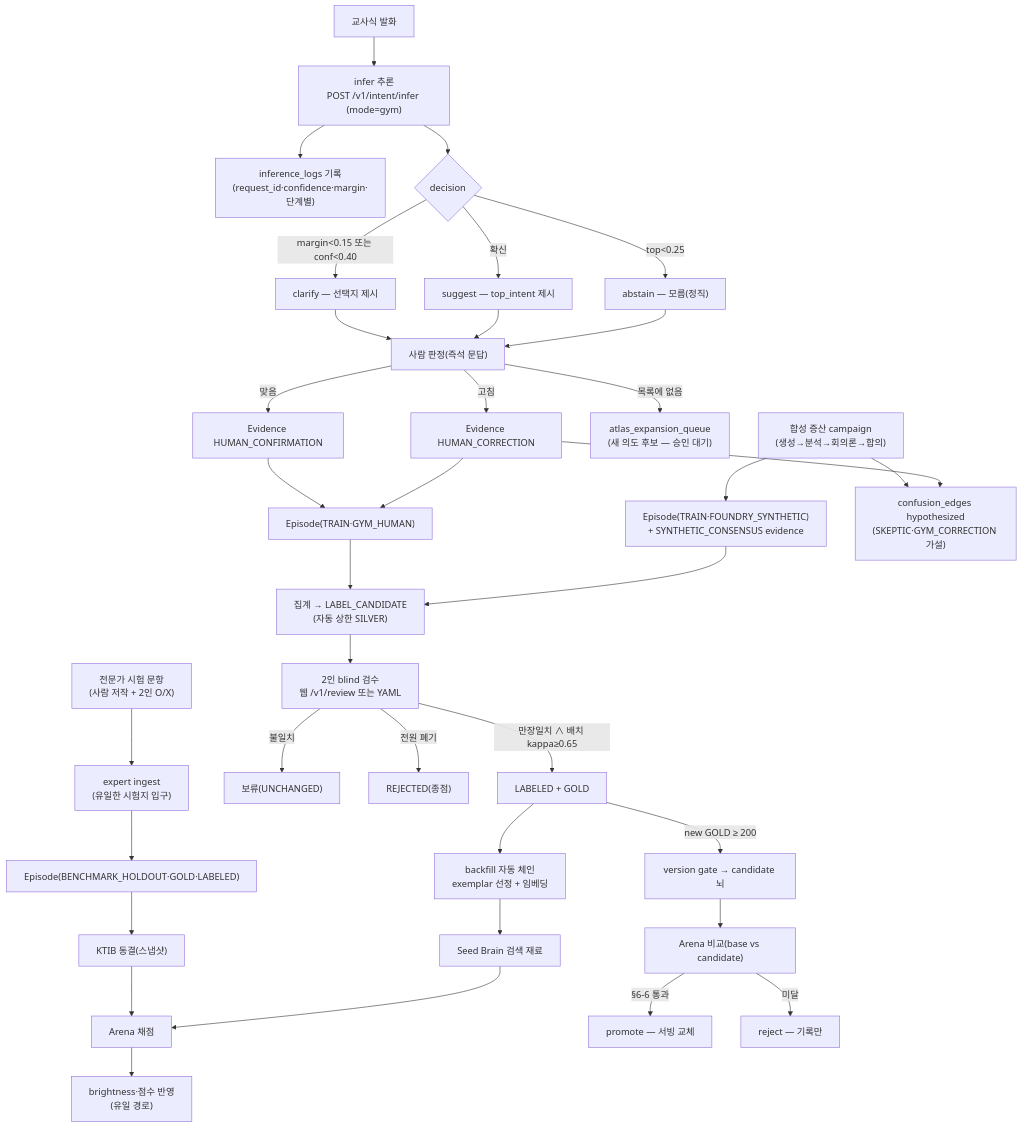
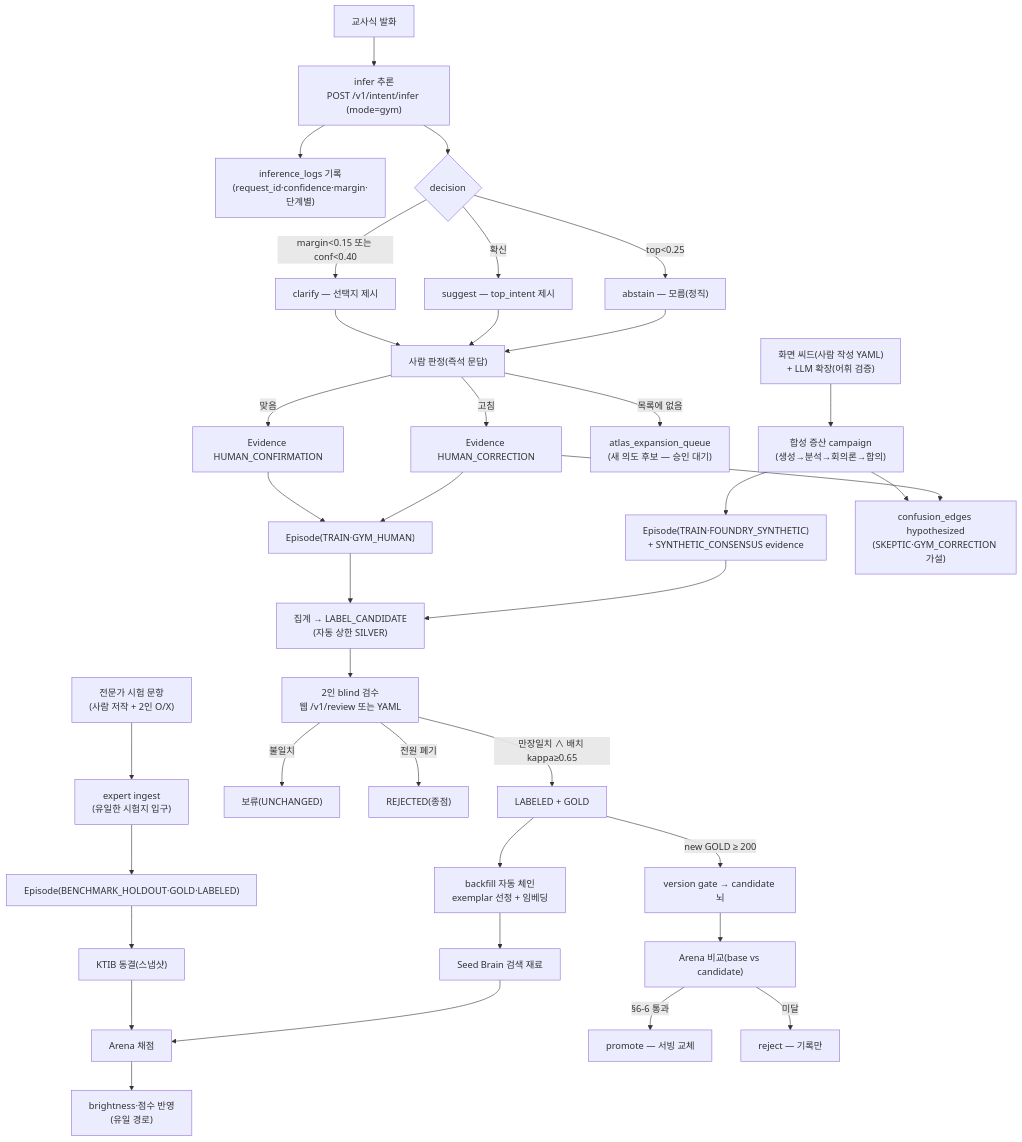
The first of 2 diagrams in docs/kinder-brain-handbook/06-data-lifecycle.md (mbygd7-code/kinder-intent-lab), drawn with Mermaid before and after one commit. The commit also changed other lines of this file and 7 other files, not shown here.

````diff
--- a/docs/kinder-brain-handbook/06-data-lifecycle.md
+++ b/docs/kinder-brain-handbook/06-data-lifecycle.md
@@ -22,38 +22,39 @@
 ```mermaid
 flowchart TB
   U["교사식 발화"] --> INF["infer 추론<br/>POST /v1/intent/infer (mode=gym)"]
   INF --> LOG["inference_logs 기록<br/>(request_id·confidence·margin·단계별)"]
   INF --> D{"decision"}
   D -->|"margin<0.15 또는 conf<0.40"| CL["clarify — 선택지 제시"]
   D -->|"top<0.25"| AB["abstain — 모름(정직)"]
   D -->|"확신"| SG["suggest — top_intent 제시"]
   CL --> HJ["사람 판정(즉석 문답)"]
   SG --> HJ
   AB --> HJ
   HJ -->|"맞음"| EV1["Evidence HUMAN_CONFIRMATION"]
   HJ -->|"고침"| EV2["Evidence HUMAN_CORRECTION"]
   HJ -->|"목록에 없음"| AQ["atlas_expansion_queue<br/>(새 의도 후보 — 승인 대기)"]
   EV1 --> EP["Episode(TRAIN·GYM_HUMAN)"]
   EV2 --> EP
+  SEED["화면 씨드(사람 작성 YAML)<br/>+ LLM 확장(어휘 검증)"] --> SYN
   SYN["합성 증산 campaign<br/>(생성→분석→회의론→합의)"] --> EP2["Episode(TRAIN·FOUNDRY_SYNTHETIC)<br/>+ SYNTHETIC_CONSENSUS evidence"]
   SYN --> CE["confusion_edges hypothesized<br/>(SKEPTIC·GYM_CORRECTION 가설)"]
   EV2 --> CE
   EP --> AGG["집계 → LABEL_CANDIDATE<br/>(자동 상한 SILVER)"]
   EP2 --> AGG
   AGG --> RV["2인 blind 검수<br/>웹 /v1/review 또는 YAML"]
   RV -->|"만장일치 ∧ 배치 kappa≥0.65"| GOLD["LABELED + GOLD"]
   RV -->|"불일치"| UNCH["보류(UNCHANGED)"]
   RV -->|"전원 폐기"| REJ["REJECTED(종점)"]
   GOLD --> BF["backfill 자동 체인<br/>exemplar 선정 + 임베딩"]
   BF --> BRAIN["Seed Brain 검색 재료"]
   EXP["전문가 시험 문항<br/>(사람 저작 + 2인 O/X)"] --> ING["expert ingest<br/>(유일한 시험지 입구)"]
   ING --> BH["Episode(BENCHMARK_HOLDOUT·GOLD·LABELED)"]
   BH --> KT["KTIB 동결(스냅샷)"]
   KT --> AR["Arena 채점"]
   BRAIN --> AR
   AR --> BRT["brightness·점수 반영<br/>(유일 경로)"]
   GOLD -->|"new GOLD ≥ 200"| VG["version gate → candidate 뇌"]
   VG --> AR2["Arena 비교(base vs candidate)"]
   AR2 -->|"§6-6 통과"| PRO["promote — 서빙 교체"]
   AR2 -->|"미달"| RJX["reject — 기록만"]
 ```
````
